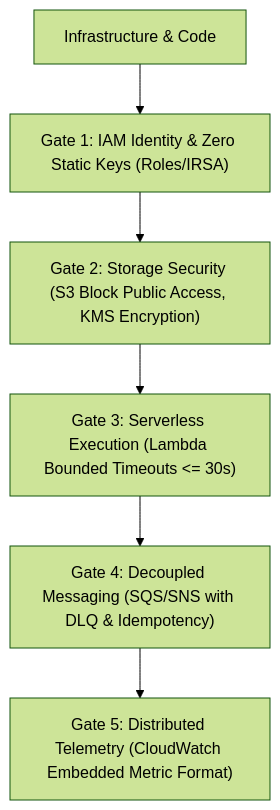
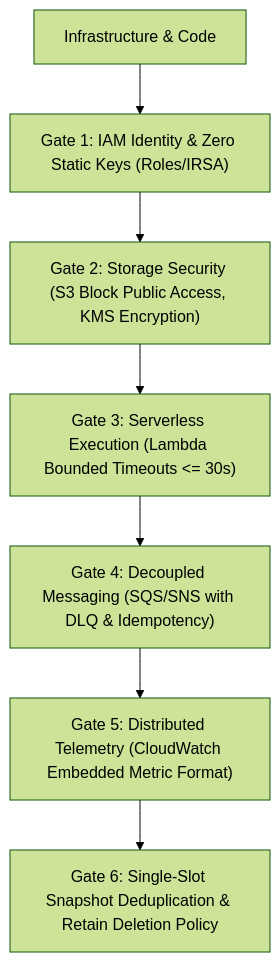
The diagram in skills/aws/SKILL.md (darknecrocities/SkillBuilder), drawn with Mermaid (forest theme) before and after one commit. The commit also changed other lines of this file and 19 other files, not shown here.

First line of the commit message:
feat(storage): add single-slot sha256 deduplicated backups & sensitive deletion gate

````diff
--- a/skills/aws/SKILL.md
+++ b/skills/aws/SKILL.md
@@ -16,8 +16,9 @@
 ```mermaid
 flowchart TD
     A["Infrastructure & Code"] --> B["Gate 1: IAM Identity & Zero Static Keys (Roles/IRSA)"]
     B --> C["Gate 2: Storage Security (S3 Block Public Access, KMS Encryption)"]
     C --> D["Gate 3: Serverless Execution (Lambda Bounded Timeouts <= 30s)"]
     D --> E["Gate 4: Decoupled Messaging (SQS/SNS with DLQ & Idempotency)"]
     E --> F["Gate 5: Distributed Telemetry (CloudWatch Embedded Metric Format)"]
+    F --> G["Gate 6: Single-Slot Snapshot Deduplication & Retain Deletion Policy"]
 ```
````
